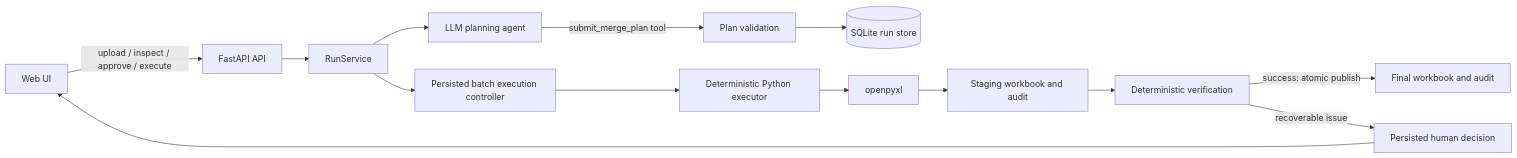
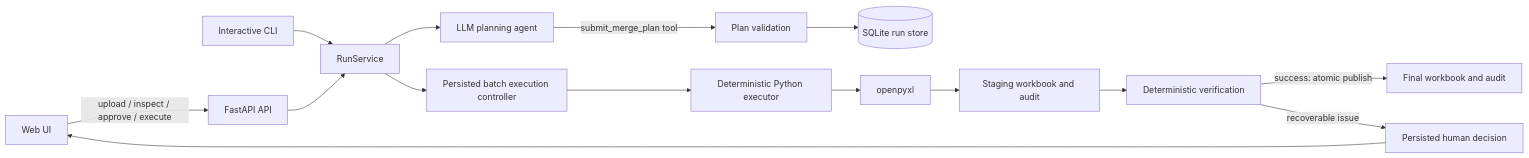
One commit to gh20260821/excel-merge-agent changed the diagram in implementation_details.md. Above: the diagram before and after it, drawn with Mermaid. The commit also changed other lines of this file and 7 other files, not shown here.

Commit message:
Add interactive resumable CLI

````diff
--- a/implementation_details.md
+++ b/implementation_details.md
@@ -31,16 +32,17 @@
 ```mermaid
 flowchart LR
     U[Web UI] -->|upload / inspect / approve / execute| API[FastAPI API]
+    C[Interactive CLI] --> S[RunService]
     API --> S[RunService]
     S --> P[LLM planning agent]
     P -->|submit_merge_plan tool| V[Plan validation]
     V --> DB[(SQLite run store)]
     S --> B[Persisted batch execution controller]
     B --> E[Deterministic Python executor]
     E --> X[openpyxl]
     X --> ST[Staging workbook and audit]
     ST --> Q[Deterministic verification]
     Q -->|success: atomic publish| O[Final workbook and audit]
     Q -->|recoverable issue| H[Persisted human decision]
     H --> U
 ```
````
